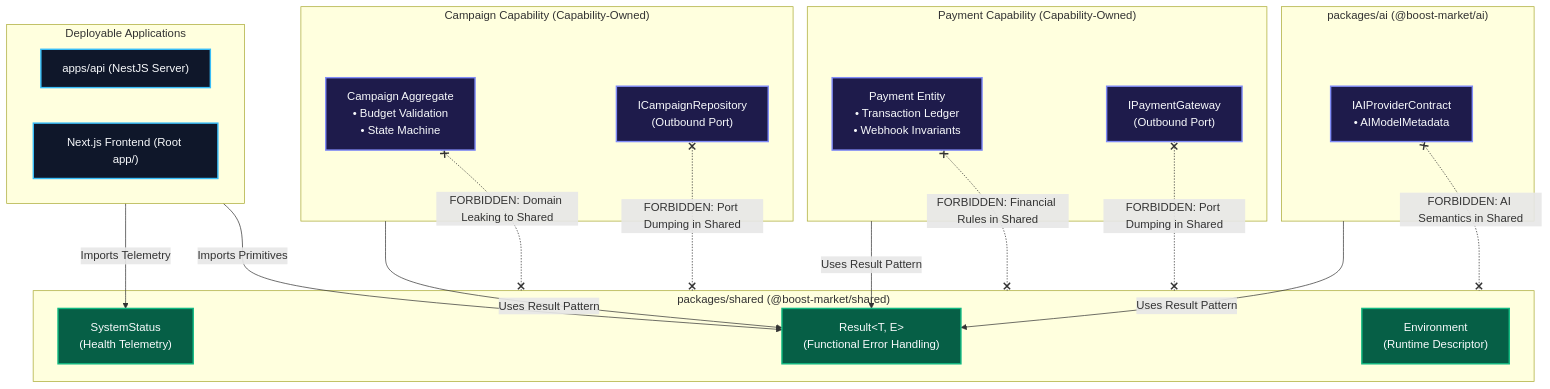
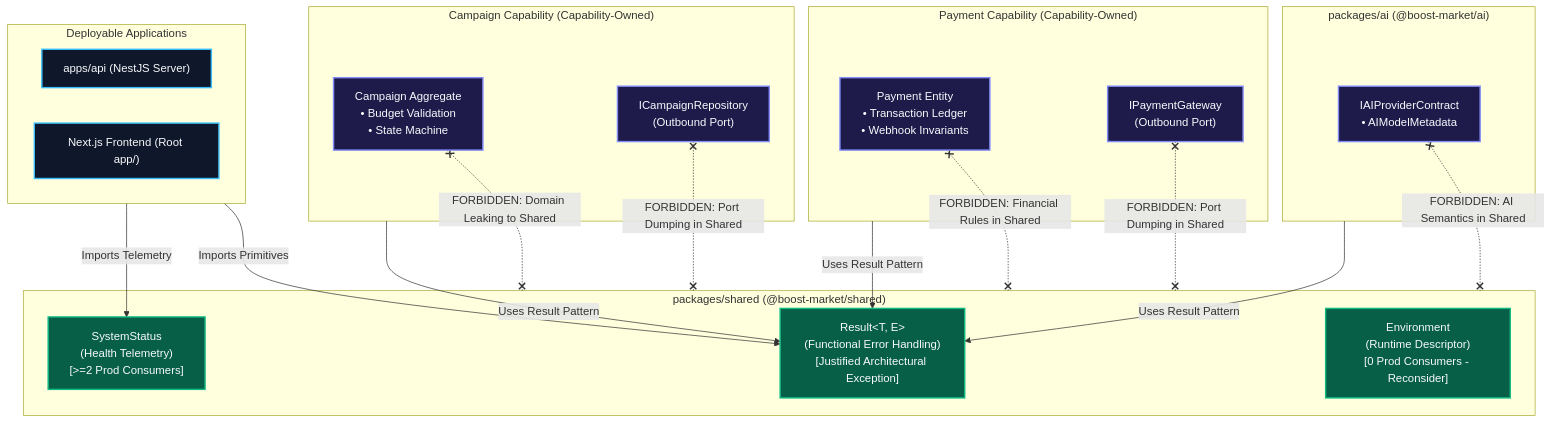
The second of 2 diagrams in docs/architecture/shared-kernel-boundaries.md (Maddyahamco00/boostmarket), drawn with Mermaid before and after one commit. The commit also changed other lines of this file and 1 other file, not shown here.

Commit message:
docs(architecture): define cross-cutting standards and finalize shared-kernel boundaries

````diff
--- a/docs/architecture/shared-kernel-boundaries.md
+++ b/docs/architecture/shared-kernel-boundaries.md
@@ -384,46 +426,46 @@
 ```mermaid
 graph TD
     classDef shared fill:#065F46,stroke:#10B981,stroke-width:2px,color:#F8FAFC;
     classDef capability fill:#1E1B4B,stroke:#818CF8,stroke-width:2px,color:#F8FAFC;
     classDef forbidden fill:#450A0A,stroke:#EF4444,stroke-width:2px,stroke-dasharray: 4 4,color:#FCA5A5;
     classDef app fill:#0F172A,stroke:#38BDF8,stroke-width:2px,color:#F8FAFC;
 
     subgraph SHARED_KERNEL ["packages/shared (@boost-market/shared)"]
-        RESULT["Result&lt;T, E&gt;<br/>(Functional Error Handling)"]:::shared
-        STATUS["SystemStatus<br/>(Health Telemetry)"]:::shared
-        ENV["Environment<br/>(Runtime Descriptor)"]:::shared
+        RESULT["Result&lt;T, E&gt;<br/>(Functional Error Handling)<br/>[Justified Architectural Exception]"]:::shared
+        STATUS["SystemStatus<br/>(Health Telemetry)<br/>[&gt;=2 Prod Consumers]"]:::shared
+        ENV["Environment<br/>(Runtime Descriptor)<br/>[0 Prod Consumers - Reconsider]"]:::shared
     end
 
     subgraph CAMPAIGN_CAPABILITY ["Campaign Capability (Capability-Owned)"]
         CAMP_AGG["Campaign Aggregate<br/>• Budget Validation<br/>• State Machine"]:::capability
         CAMP_PORT["ICampaignRepository<br/>(Outbound Port)"]:::capability
     end
 
     subgraph PAYMENT_CAPABILITY ["Payment Capability (Capability-Owned)"]
         PAY_AGG["Payment Entity<br/>• Transaction Ledger<br/>• Webhook Invariants"]:::capability
         PAY_PORT["IPaymentGateway<br/>(Outbound Port)"]:::capability
     end
 
     subgraph AI_CONTRACTS ["packages/ai (@boost-market/ai)"]
         AI_PORT["IAIProviderContract<br/>• AIModelMetadata"]:::capability
     end
 
     subgraph CONSUMERS ["Deployable Applications"]
         API["apps/api (NestJS Server)"]:::app
         WEB["Next.js Frontend (Root app/)"]:::app
     end
 
     %% Allowed Imports (Toward Shared Kernel)
     CAMPAIGN_CAPABILITY -->|"Uses Result Pattern"| RESULT
     PAYMENT_CAPABILITY -->|"Uses Result Pattern"| RESULT
     AI_CONTRACTS -->|"Uses Result Pattern"| RESULT
     CONSUMERS -->|"Imports Telemetry"| STATUS
     CONSUMERS -->|"Imports Primitives"| RESULT
 
     %% Forbidden Leakage into Shared Kernel
     CAMP_AGG x-.-x|"FORBIDDEN: Domain Leaking to Shared"| SHARED_KERNEL
     PAY_AGG x-.-x|"FORBIDDEN: Financial Rules in Shared"| SHARED_KERNEL
     CAMP_PORT x-.-x|"FORBIDDEN: Port Dumping in Shared"| SHARED_KERNEL
     PAY_PORT x-.-x|"FORBIDDEN: Port Dumping in Shared"| SHARED_KERNEL
     AI_PORT x-.-x|"FORBIDDEN: AI Semantics in Shared"| SHARED_KERNEL
 ```
````
